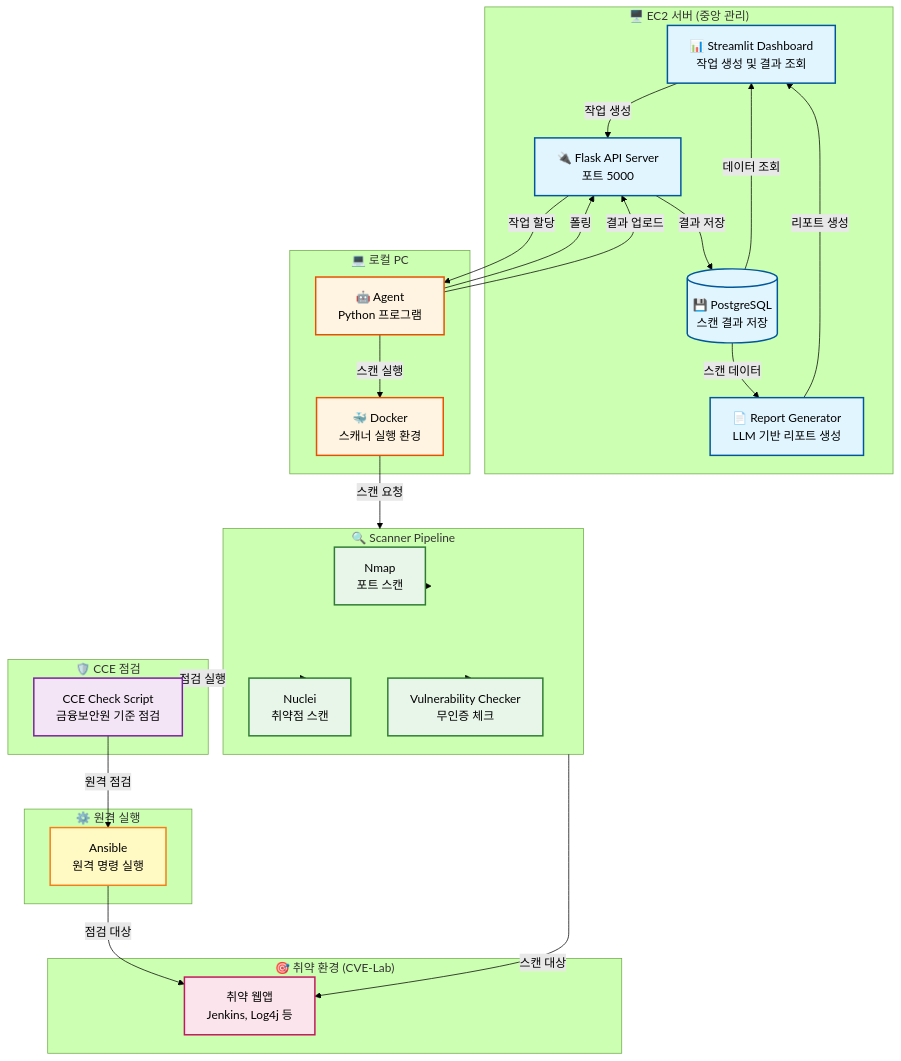
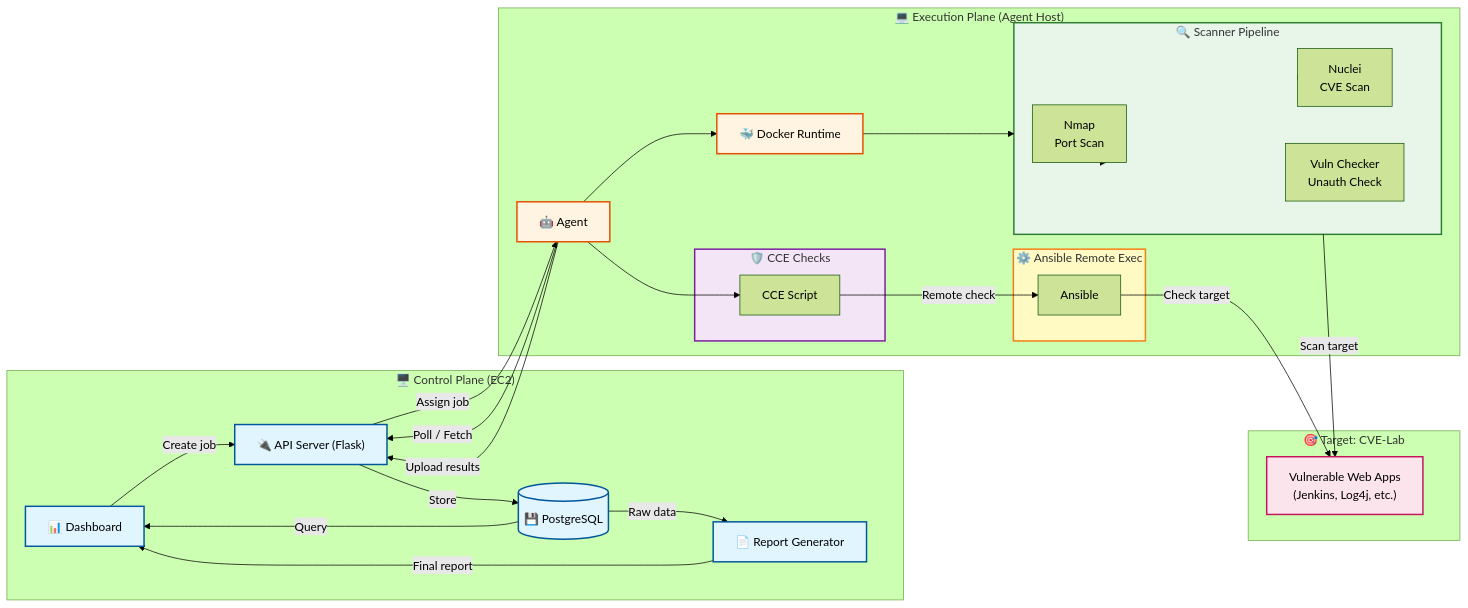
Before and after one commit to J1-MI/V2R: the diagram in README.md, drawn with Mermaid (forest theme).

Commit message:
README.md 수정

````diff
--- a/README.md
+++ b/README.md
@@ -20,66 +20,79 @@
 ```mermaid
-flowchart TB
-    subgraph EC2["🖥️ EC2 서버 (중앙 관리)"]
-        Dashboard["📊 Streamlit Dashboard<br/>작업 생성 및 결과 조회"]
-        API["🔌 Flask API Server<br/>포트 5000"]
-        DB[("💾 PostgreSQL<br/>스캔 결과 저장")]
-        Report["📄 Report Generator<br/>LLM 기반 리포트 생성"]
+flowchart LR
+    %% =========================
+    %% Subgraphs (영역 정의)
+    %% =========================
+    subgraph Control["🖥️ Control Plane (EC2)"]
+        Dashboard["📊 Dashboard"]
+        API["🔌 API Server (Flask)"]
+        DB[("💾 PostgreSQL")]
+        Report["📄 Report Generator"]
     end
 
-    subgraph Local["💻 로컬 PC"]
-        Agent["🤖 Agent<br/>Python 프로그램"]
-        Docker["🐳 Docker<br/>스캐너 실행 환경"]
+    subgraph Exec["💻 Execution Plane (Agent Host)"]
+        Agent["🤖 Agent"]
+        Docker["🐳 Docker Runtime"]
+
+        subgraph Scan["🔍 Scanner Pipeline"]
+            Nmap["Nmap<br/>Port Scan"]
+            Nuclei["Nuclei<br/>CVE Scan"]
+            VulnCheck["Vuln Checker<br/>Unauth Check"]
+        end
+
+        subgraph CCEArea["🛡️ CCE Checks"]
+            CCEScript["CCE Script"]
+        end
+
+        subgraph AnsibleArea["⚙️ Ansible Remote Exec"]
+            AnsibleExec["Ansible"]
+        end
     end
 
-    subgraph Scanner["🔍 Scanner Pipeline"]
-        Nmap["Nmap<br/>포트 스캔"]
-        Nuclei["Nuclei<br/>취약점 스캔"]
-        VulnCheck["Vulnerability Checker<br/>무인증 체크"]
+    subgraph Target["🎯 Target: CVE-Lab"]
+        WebApp["Vulnerable Web Apps<br/>(Jenkins, Log4j, etc.)"]
     end
 
-    subgraph Target["🎯 취약 환경 (CVE-Lab)"]
-        WebApp["취약 웹앱<br/>Jenkins, Log4j 등"]
-    end
+    %% =========================
+    %% Main Flow
+    %% =========================
+    Dashboard -->|Create job| API
+    API -->|Assign job| Agent
+    Agent -->|Poll / Fetch| API
 
-    subgraph CCE["🛡️ CCE 점검"]
-        CCEScript["CCE Check Script<br/>금융보안원 기준 점검"]
-    end
+    Agent --> Docker
+    Docker --> Scan
 
-    subgraph Ansible["⚙️ 원격 실행"]
-        AnsibleExec["Ansible<br/>원격 명령 실행"]
-    end
+    Scan -->|Scan target| WebApp
+    Scan --> Nmap
+    Scan --> Nuclei
+    Scan --> VulnCheck
 
-    %% 메인 워크플로우
-    Dashboard -->|작업 생성| API
-    API -->|작업 할당| Agent
-    Agent -->|폴링| API
-    Agent -->|스캔 실행| Docker
-    Docker -->|스캔 요청| Scanner
-    Scanner --> Nmap
-    Scanner --> Nuclei
-    Scanner --> VulnCheck
-    Scanner -->|스캔 대상| WebApp
-    Scanner -->|점검 실행| CCEScript
-    CCEScript -->|원격 점검| AnsibleExec
-    AnsibleExec -->|점검 대상| WebApp
-    Agent -->|결과 업로드| API
-    API -->|결과 저장| DB
-    DB -->|데이터 조회| Dashboard
-    DB -->|스캔 데이터| Report
-    Report -->|리포트 생성| Dashboard
+    %% CCE & Ansible
+    Agent --> CCEScript
+    CCEScript -->|Remote check| AnsibleExec
+    AnsibleExec -->|Check target| WebApp
 
-    %% 스타일 적용
-    classDef ec2Style fill:#e1f5ff,stroke:#01579b,stroke-width:2px
-    classDef localStyle fill:#fff4e1,stroke:#e65100,stroke-width:2px
-    classDef scannerStyle fill:#e8f5e9,stroke:#2e7d32,stroke-width:2px
-    classDef targetStyle fill:#fce4ec,stroke:#c2185b,stroke-width:2px
-    classDef cceStyle fill:#f3e5f5,stroke:#7b1fa2,stroke-width:2px
-    classDef ansibleStyle fill:#fff9c4,stroke:#f57f17,stroke-width:2px
+    %% Result flow
+    Agent -->|Upload results| API
+    API -->|Store| DB
+    DB -->|Query| Dashboard
+    DB -->|Raw data| Report
+    Report -->|Final report| Dashboard
 
-    class Dashboard,API,DB,Report ec2Style
-    class Agent,Docker localStyle
-    class Nmap,Nuclei,VulnCheck scannerStyle
-    class WebApp targetStyle
-    class CCEScript cceStyle
-    class AnsibleExec ansibleStyle
+    %% =========================
+    %% Styles
+    %% =========================
+    classDef controlStyle fill:#e1f5ff,stroke:#01579b,stroke-width:2px;
+    classDef execStyle fill:#fff4e1,stroke:#e65100,stroke-width:2px;
+    classDef targetStyle fill:#fce4ec,stroke:#c2185b,stroke-width:2px;
+    classDef scanStyle fill:#e8f5e9,stroke:#2e7d32,stroke-width:2px;
+    classDef cceStyle fill:#f3e5f5,stroke:#7b1fa2,stroke-width:2px;
+    classDef ansibleStyle fill:#fff9c4,stroke:#f57f17,stroke-width:2px;
+
+    class Dashboard,API,DB,Report controlStyle;
+    class Agent,Docker execStyle;
+    class Scan scanStyle;
+    class CCEArea cceStyle;
+    class AnsibleArea ansibleStyle;
+    class WebApp targetStyle;
 ```
````
